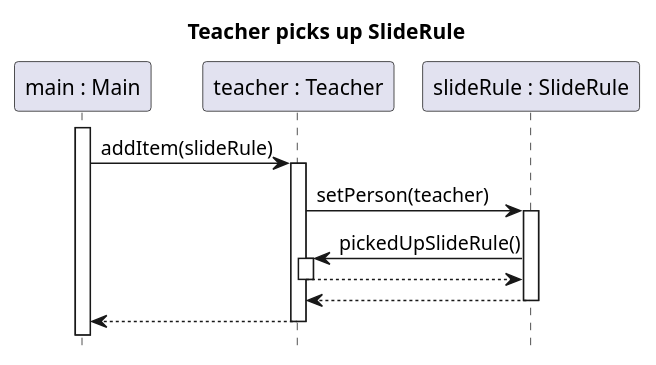
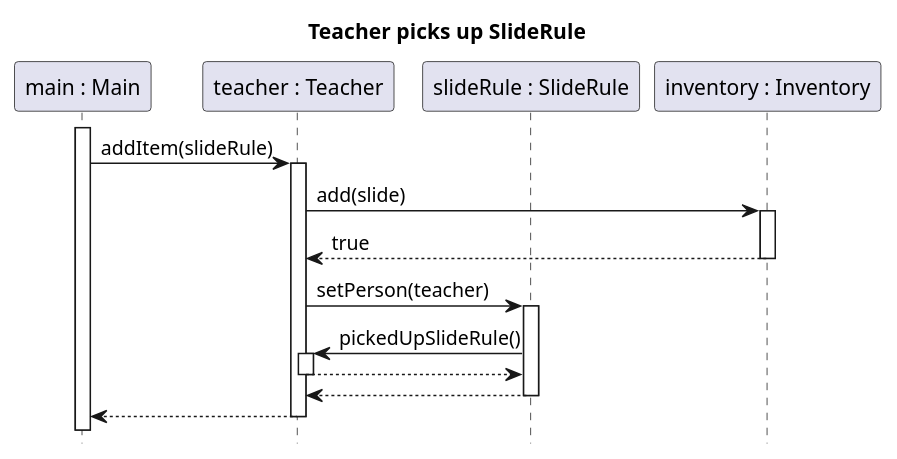
The diagram in docs/diagrams/test-sequence/teacher_pickup_sliderule.puml (sn4k3ch4rm3r/logarlec), drawn with PlantUML before and after one commit. The commit also changed 22 other files, not shown here.

Commit message:
Modified and added sequence diagrams

```diff
--- a/docs/diagrams/test-sequence/teacher_pickup_sliderule.puml
+++ b/docs/diagrams/test-sequence/teacher_pickup_sliderule.puml
@@ -1,19 +1,22 @@
 @startuml item-code-of-studies-use
 
 title Teacher picks up SlideRule
 hide footbox
 
 participant "main : Main" as main
 participant "teacher : Teacher" as teacher
 participant "slideRule : SlideRule" as slide
+participant "inventory : Inventory" as inv
 activate main
 
 main-> teacher ++: addItem(slideRule)
+    teacher -> inv ++: add(slide)
+    return true
     teacher -> slide ++: setPerson(teacher) 
 	    slide -> teacher ++: pickedUpSlideRule()
         return
     return
 return
 
 
 @enduml
```
